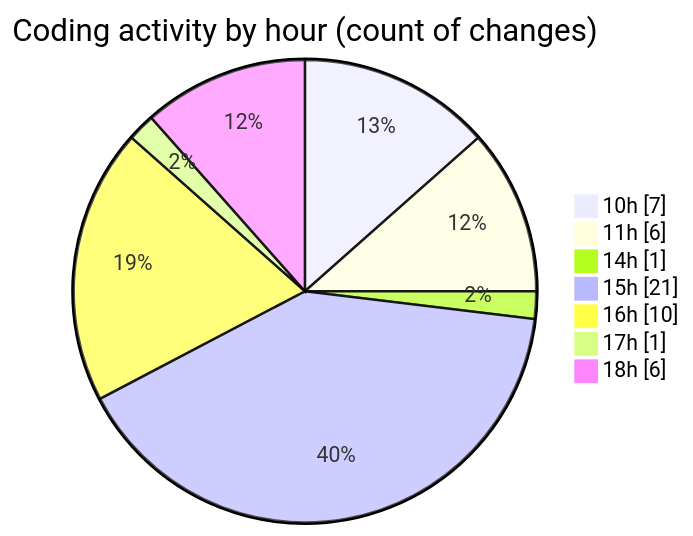
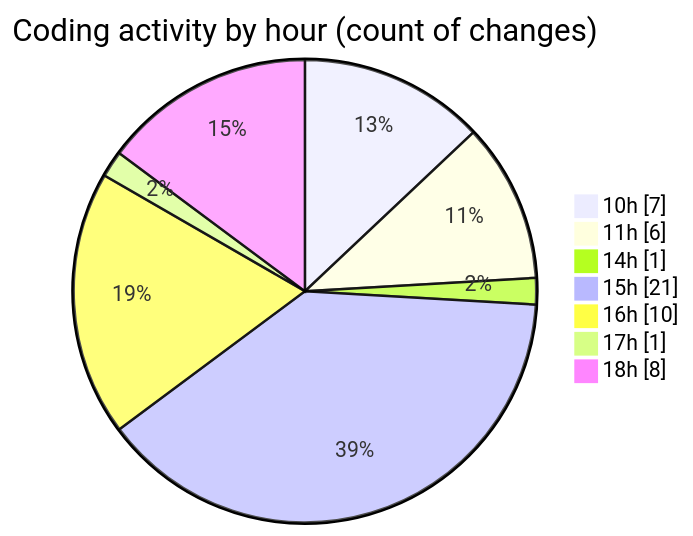
One commit to nxtqubesakshisongat/code-tracking changed the second of 2 diagrams in 2025-11-18/nxtqube_webapp/README.md. Above: the diagram before and after it, drawn with Mermaid. The commit also changed other lines of this file and 1 other file, not shown here.

````diff
--- a/2025-11-18/nxtqube_webapp/README.md
+++ b/2025-11-18/nxtqube_webapp/README.md
@@ -34,11 +34,11 @@
 ```mermaid
 pie showData
 title Coding activity by hour (count of changes)
 "10h" : 7
 "11h" : 6
 "14h" : 1
 "15h" : 21
 "16h" : 10
 "17h" : 1
-"18h" : 6
+"18h" : 8
 ```
````
